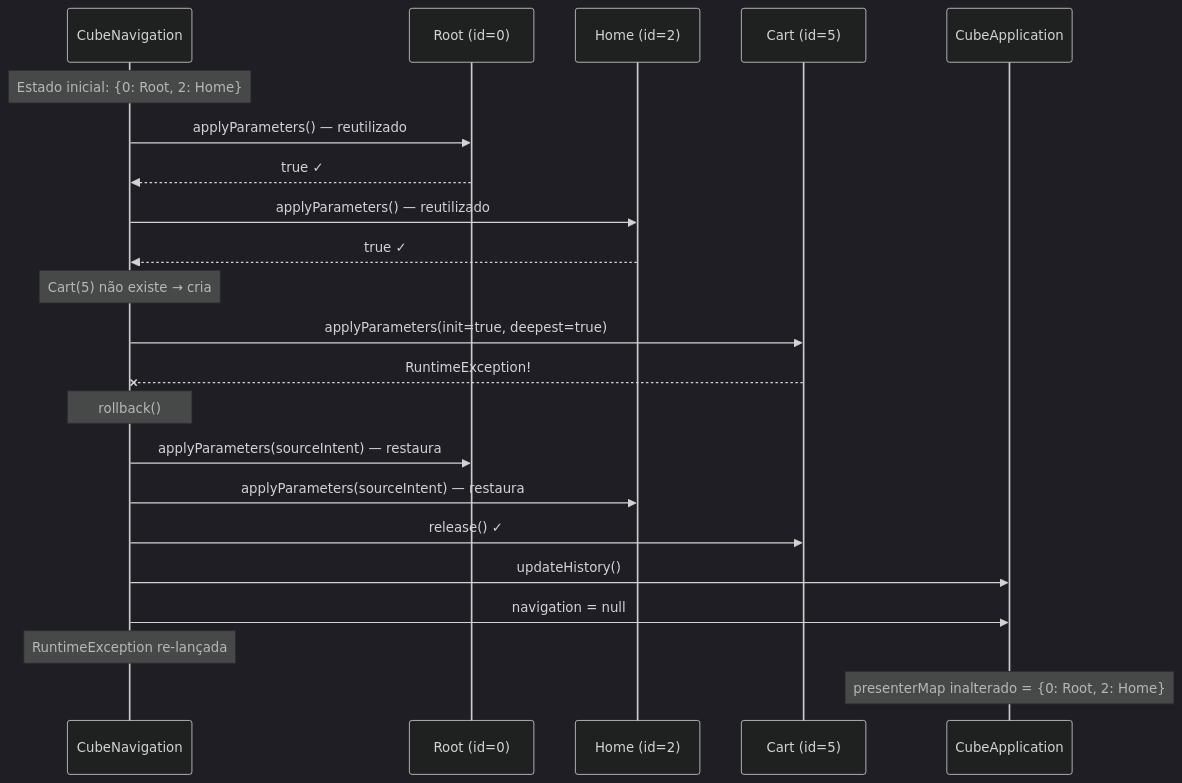
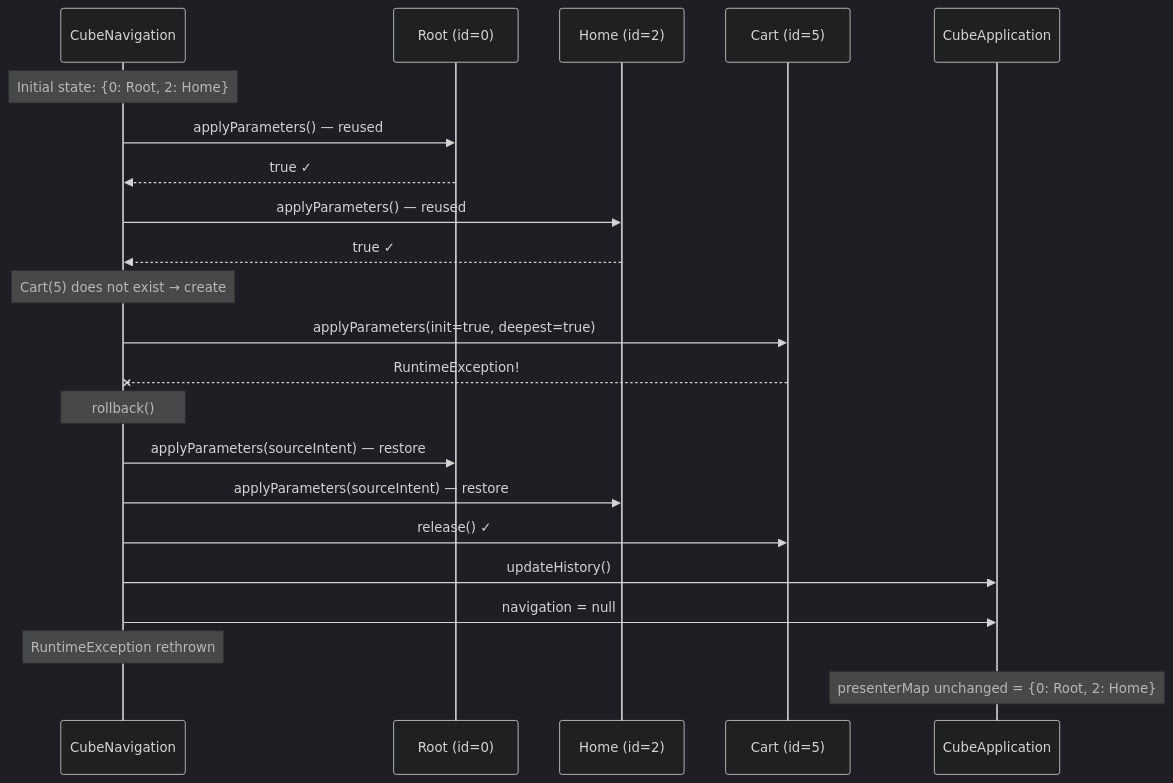
One commit to mrcdom/wdc-cube-kotlin changed the tenth of 19 diagrams in docs/architecture-cube.md. Above: the diagram before and after it, drawn with Mermaid (dark theme). The commit also changed other lines of this file and 10 other files, not shown here.

First line of the commit message:
docs: architecture docs and top-level READMEs in US English

````diff
--- a/docs/architecture-cube.md
+++ b/docs/architecture-cube.md
@@ -532,28 +532,28 @@
 ```mermaid
 sequenceDiagram
     participant Nav as CubeNavigation
     participant Root as Root (id=0)
     participant Home as Home (id=2)
     participant Cart as Cart (id=5)
     participant App as CubeApplication
 
-    Note over Nav: Estado inicial: {0: Root, 2: Home}
+    Note over Nav: Initial state: {0: Root, 2: Home}
 
-    Nav->>Root: applyParameters() — reutilizado
+    Nav->>Root: applyParameters() — reused
     Root-->>Nav: true ✓
-    Nav->>Home: applyParameters() — reutilizado
+    Nav->>Home: applyParameters() — reused
     Home-->>Nav: true ✓
 
-    Note over Nav: Cart(5) não existe → cria
+    Note over Nav: Cart(5) does not exist → create
     Nav->>Cart: applyParameters(init=true, deepest=true)
     Cart--xNav: RuntimeException!
 
     Note over Nav: rollback()
-    Nav->>Root: applyParameters(sourceIntent) — restaura
-    Nav->>Home: applyParameters(sourceIntent) — restaura
+    Nav->>Root: applyParameters(sourceIntent) — restore
+    Nav->>Home: applyParameters(sourceIntent) — restore
     Nav->>Cart: release() ✓
     Nav->>App: updateHistory()
     Nav->>App: navigation = null
-    Note over Nav: RuntimeException re-lançada
-    Note over App: presenterMap inalterado = {0: Root, 2: Home}
+    Note over Nav: RuntimeException rethrown
+    Note over App: presenterMap unchanged = {0: Root, 2: Home}
 ```
````
